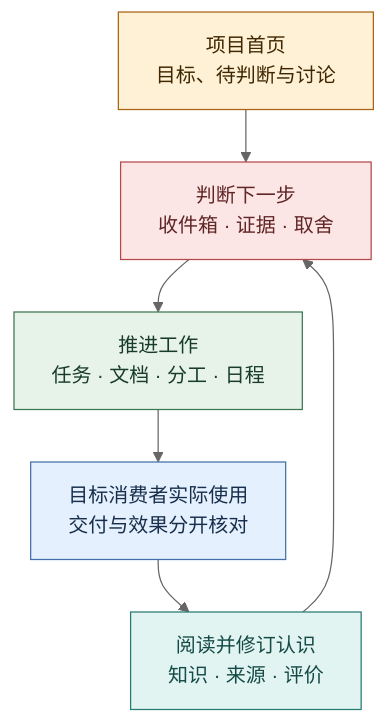
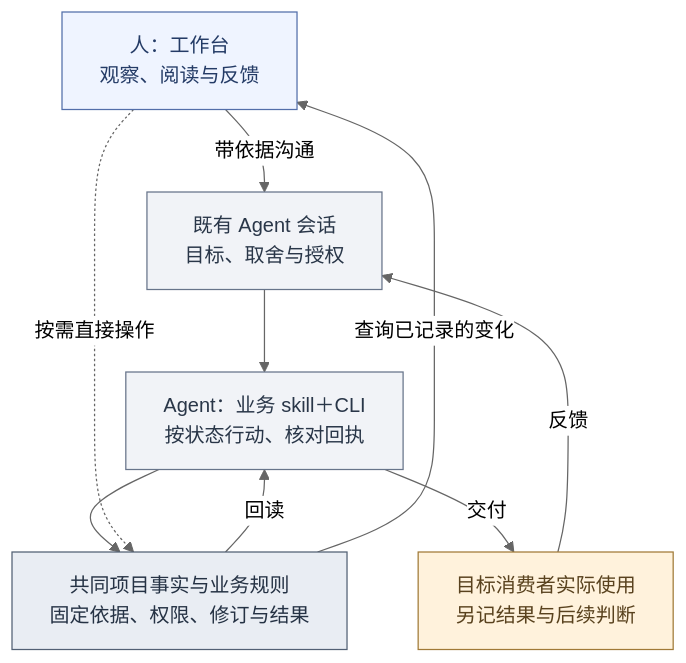
One commit to cyl19970726/evoLoop changed the first of 3 diagrams in docs/product/workbench.md. Above: the diagram before and after it, drawn with Mermaid (neutral theme). The commit also changed other lines of this file and 8 other files, not shown here.

Commit message:
docs: align product journeys with human and Agent entry points

````diff
--- a/docs/product/workbench.md
+++ b/docs/product/workbench.md
@@ -30,14 +30,16 @@
 ```mermaid
 %%{init: {"flowchart":{"wrappingWidth":210,"nodeSpacing":30,"rankSpacing":42}}}%%
 flowchart TB
-  H["项目首页<br/>目标、待判断与讨论"]:::entry --> J["判断下一步<br/>收件箱 · 证据 · 取舍"]:::decision
-  J --> W["推进工作<br/>任务 · 文档 · 分工 · 日程"]:::work
-  W --> V["目标消费者实际使用<br/>交付与效果分开核对"]:::use
-  V --> K["阅读并修订认识<br/>知识 · 来源 · 评价"]:::knowledge
-  K --> J
-  classDef entry fill:#FFF1D6,stroke:#A86412,color:#402700
-  classDef decision fill:#FCE5E5,stroke:#B44949,color:#612626
-  classDef work fill:#E7F2E9,stroke:#3C7654,color:#183C28
-  classDef use fill:#E5F0FF,stroke:#4270A8,color:#172F4B
-  classDef knowledge fill:#E2F4F2,stroke:#297A73,color:#154B47
+  H["人：工作台<br/>观察、阅读与反馈"]:::human -->|带依据沟通| C["既有 Agent 会话<br/>目标、取舍与授权"]:::agent
+  C --> A["Agent：业务 skill＋CLI<br/>按状态行动、核对回执"]:::agent
+  A --> S["共同项目事实与业务规则<br/>固定依据、权限、修订与结果"]:::shared
+  S -->|回读| A
+  S -->|查询已记录的变化| H
+  H -.->|按需直接操作| S
+  A -->|交付| V["目标消费者实际使用<br/>另记结果与后续判断"]:::use
+  V -->|反馈| C
+  classDef human fill:#EFF4FF,stroke:#526EAA,color:#243B66
+  classDef agent fill:#F1F3F7,stroke:#67748A,color:#293648
+  classDef shared fill:#E9EDF3,stroke:#526074,color:#253244
+  classDef use fill:#FFF2DC,stroke:#A17A37,color:#59421E
 ```
````
